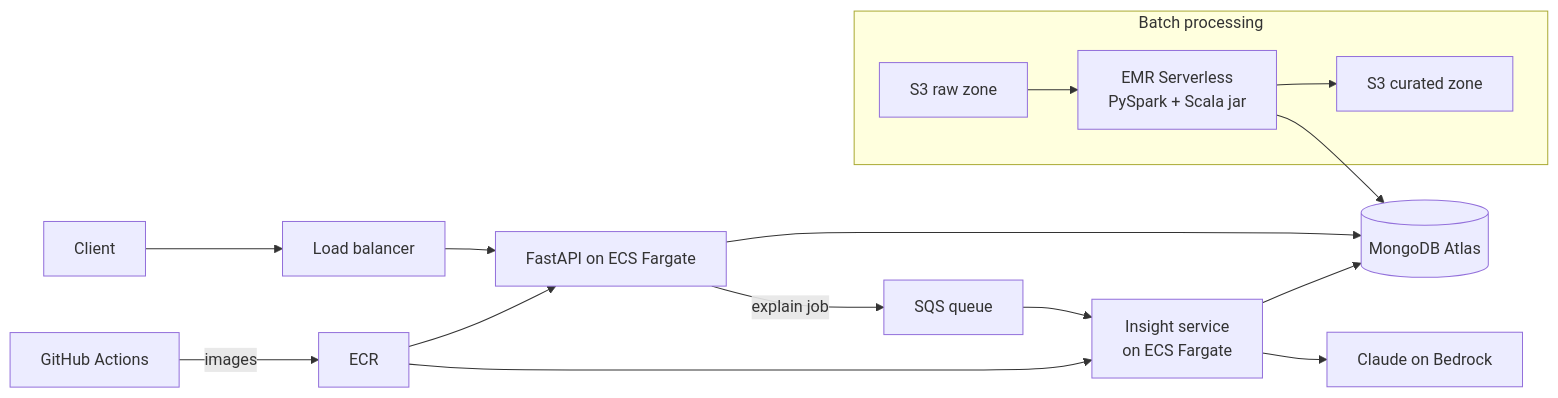
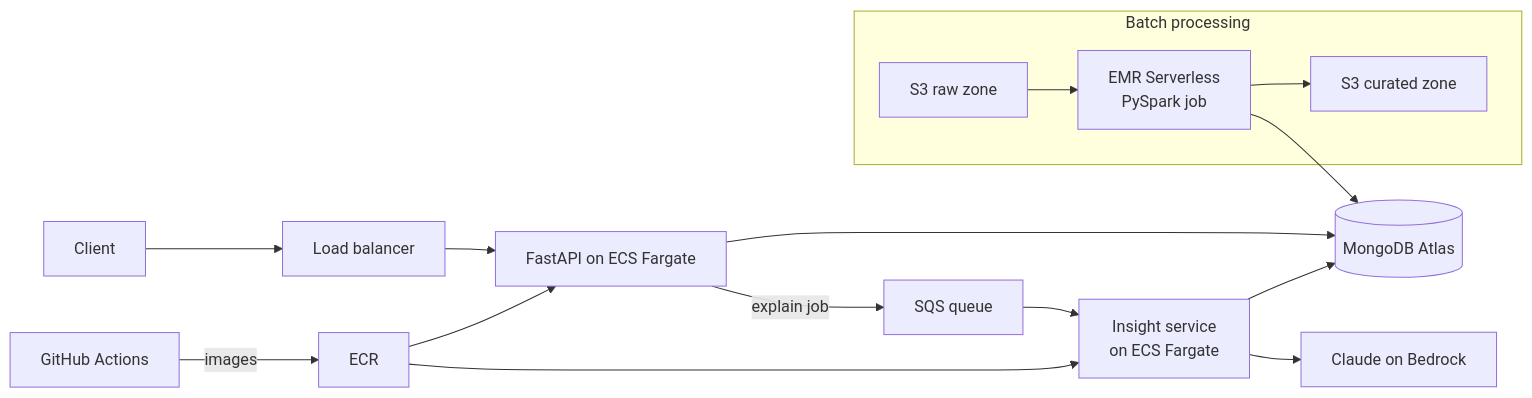
One commit to QuanDev2/miniXell changed the third of 3 diagrams in docs/ARCHITECTURE.md. Above: the diagram before and after it, drawn with Mermaid. The commit also changed other lines of this file and 5 other files, not shown here.

````diff
--- a/docs/ARCHITECTURE.md
+++ b/docs/ARCHITECTURE.md
@@ -371,18 +366,18 @@
 ```mermaid
 flowchart LR
   subgraph Batch["Batch processing"]
-    RAW["S3 raw zone"] --> SPARK["EMR Serverless<br/>PySpark + Scala jar"]
+    RAW["S3 raw zone"] --> SPARK["EMR Serverless<br/>PySpark job"]
     SPARK --> CUR["S3 curated zone"]
   end
   SPARK --> MDB[("MongoDB Atlas")]
   USER["Client"] --> ALB["Load balancer"]
   ALB --> API["FastAPI on ECS Fargate"]
   API --> MDB
   API -- "explain job" --> SQS["SQS queue"]
   SQS --> INS["Insight service<br/>on ECS Fargate"]
   INS --> LLM["Claude on Bedrock"]
   INS --> MDB
   GHA["GitHub Actions"] -->|images| ECR["ECR"]
   ECR --> API
   ECR --> INS
 ```
````
